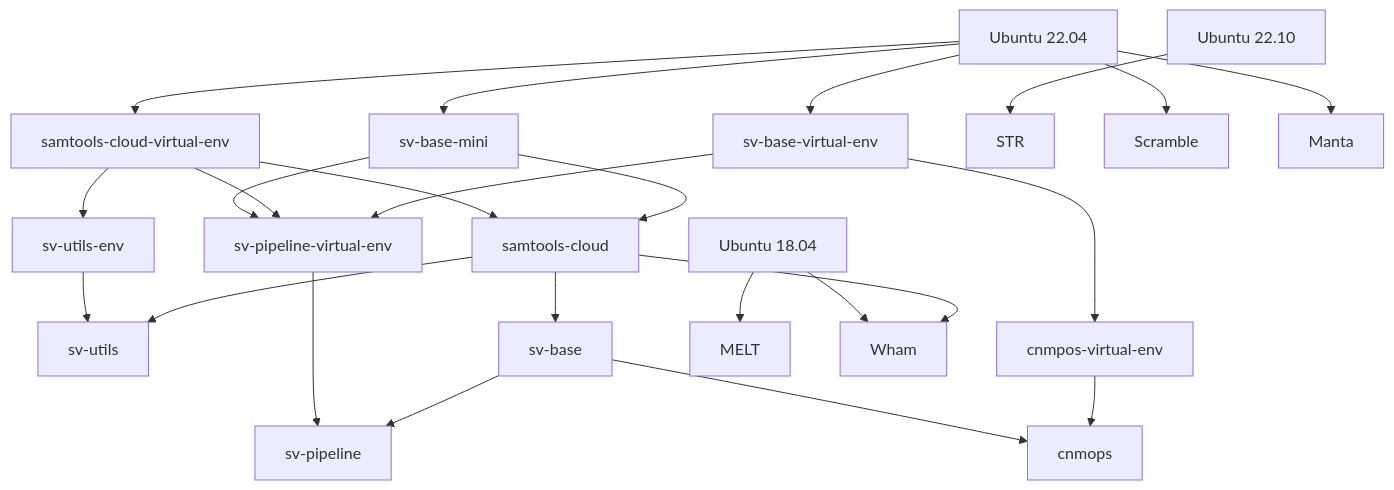
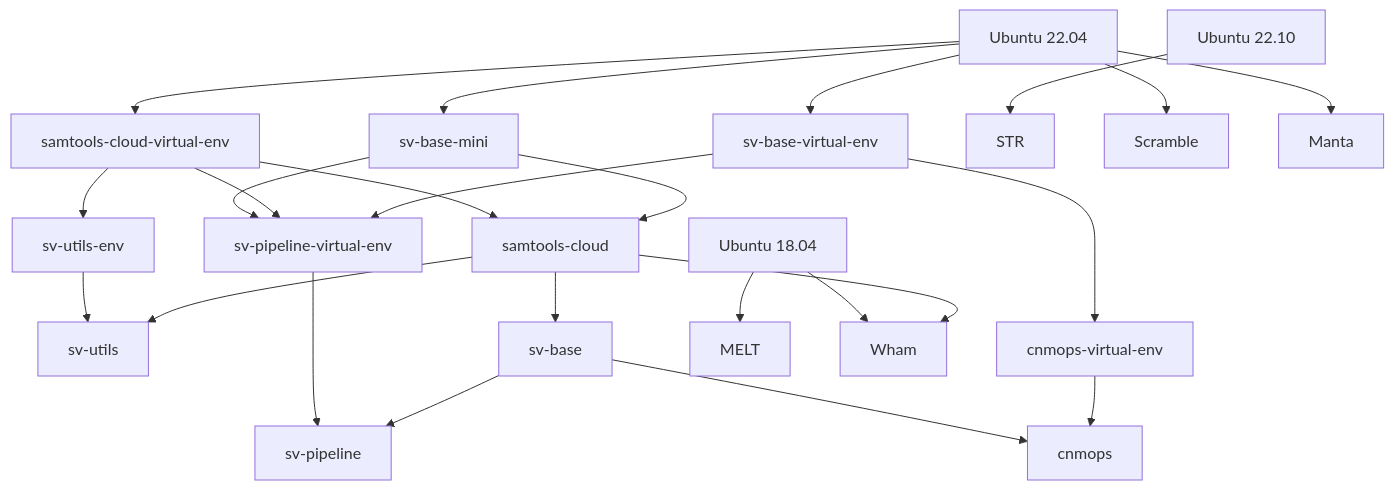
The first of 2 diagrams in website/docs/advanced/docker/images.md (broadinstitute/gatk-sv), drawn with Mermaid before and after one commit. The commit also changed other lines of this file and 11 other files, not shown here.

````diff
--- a/website/docs/advanced/docker/images.md
+++ b/website/docs/advanced/docker/images.md
@@ -45,17 +45,17 @@
 ```mermaid
 flowchart TD
     ubuntu2204[Ubuntu 22.04] --> svbasemini[sv-base-mini] & samtoolsenv[samtools-cloud-virtual-env] & svbaseenv[sv-base-virtual-env]
     svbasemini & samtoolsenv & svbaseenv --> svpipelineenv[sv-pipeline-virtual-env]
     samtoolsenv --> samtoolscloud[samtools-cloud] & svutilsenv[sv-utils-env]
     svbasemini --> samtoolscloud
     svutilsenv --> svutils[sv-utils]
     samtoolscloud --> svutils & svbase[sv-base]
     svpipelineenv & svbase --> svpipeline[sv-pipeline]
-    svbaseenv --> cnmopsenv[cnmpos-virtual-env]
-    svbase & cnmopsenv --> cnmpos[cnmops]
+   svbaseenv --> cnmopsenv[cnmops-virtual-env]
+   svbase & cnmopsenv --> cnmops[cnmops]
 
     ubuntu1804[Ubuntu 18.04] --> melt[MELT] & wham[Wham]
     samtoolscloud --> wham
     ubuntu2210[Ubuntu 22.10] --> str[STR]
     ubuntu2204 --> scramble[Scramble] & manta[Manta]
 ```
````
